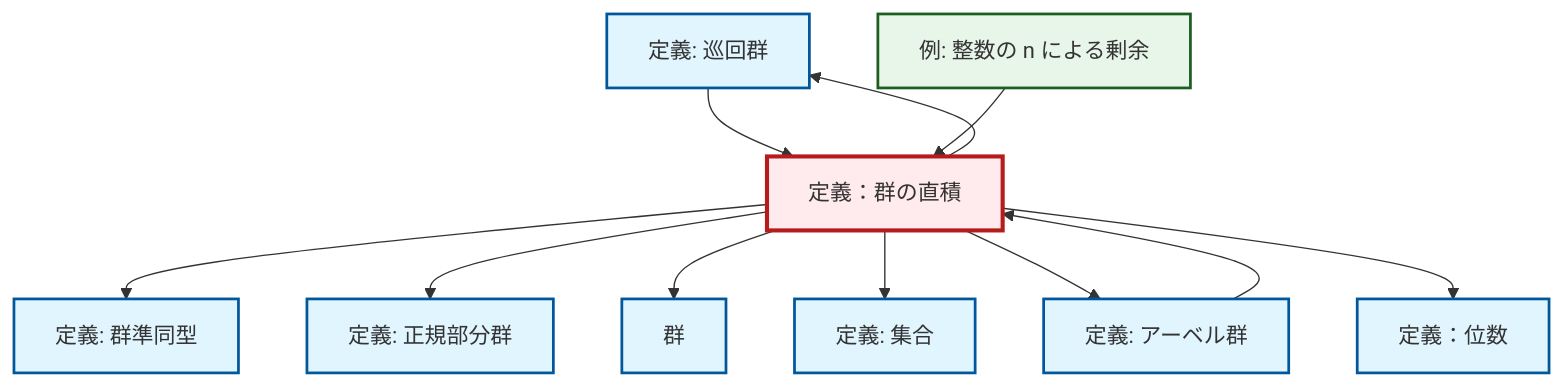
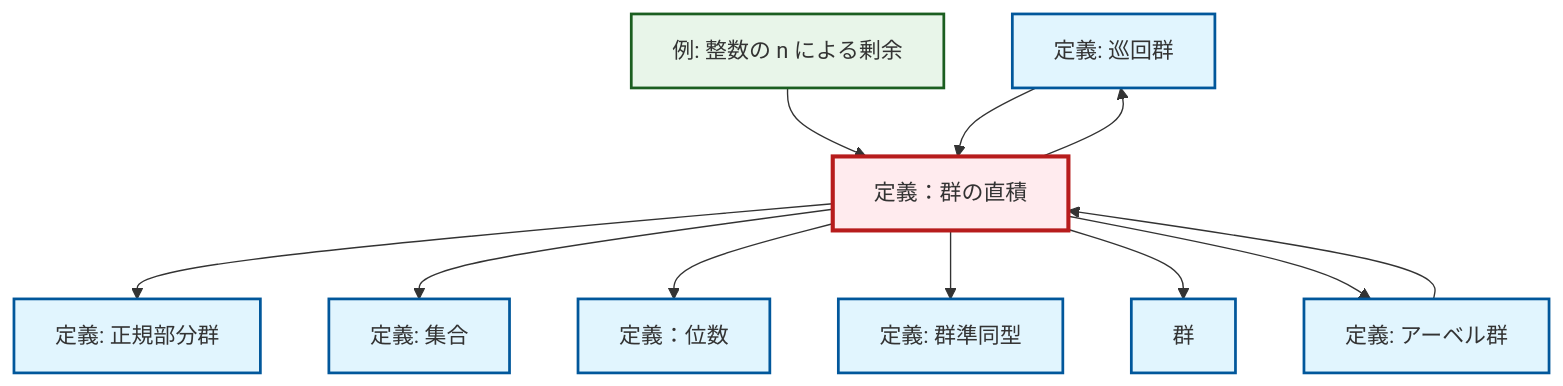
Before and after one commit to RK0429/ModernMath: the diagram in content/ja/algebra/def-direct-product.qmd, drawn with Mermaid. The commit also changed 672 other files, not shown here.

````diff
--- a/content/ja/algebra/def-direct-product.qmd
+++ b/content/ja/algebra/def-direct-product.qmd
@@ -25,37 +25,37 @@
 ```{mermaid}
-%%| fig-cap: "Local dependency graph"
+%%| fig-cap: "ローカル依存関係グラフ"
 graph TD
     classDef definition fill:#e1f5fe,stroke:#01579b,stroke-width:2px
     classDef theorem fill:#f3e5f5,stroke:#4a148c,stroke-width:2px
     classDef axiom fill:#fff3e0,stroke:#e65100,stroke-width:2px
     classDef example fill:#e8f5e9,stroke:#1b5e20,stroke-width:2px
     classDef current fill:#ffebee,stroke:#b71c1c,stroke-width:3px
+    def-set["定義: 集合"]:::definition
+    def-normal-subgroup["定義: 正規部分群"]:::definition
     def-cyclic-group["定義: 巡回群"]:::definition
     def-order["定義：位数"]:::definition
-    def-set["定義: 集合"]:::definition
+    def-direct-product["定義：群の直積"]:::definition
+    ex-quotient-integers-mod-n["例: 整数の n による剰余"]:::example
+    def-homomorphism["定義: 群準同型"]:::definition
+    def-group["群"]:::definition
     def-abelian-group["定義: アーベル群"]:::definition
-    def-normal-subgroup["定義: 正規部分群"]:::definition
-    def-homomorphism["定義: 群準同型"]:::definition
-    def-direct-product["定義：群の直積"]:::definition
-    def-group["群"]:::definition
-    ex-quotient-integers-mod-n["例: 整数の n による剰余"]:::example
+    def-direct-product --> def-normal-subgroup
+    ex-quotient-integers-mod-n --> def-direct-product
+    def-direct-product --> def-set
+    def-direct-product --> def-order
+    def-cyclic-group --> def-direct-product
+    def-abelian-group --> def-direct-product
     def-direct-product --> def-homomorphism
-    def-direct-product --> def-normal-subgroup
-    def-cyclic-group --> def-direct-product
+    def-direct-product --> def-cyclic-group
     def-direct-product --> def-group
-    def-direct-product --> def-cyclic-group
-    def-abelian-group --> def-direct-product
-    def-direct-product --> def-set
-    ex-quotient-integers-mod-n --> def-direct-product
     def-direct-product --> def-abelian-group
-    def-direct-product --> def-order
     class def-direct-product current
+    click def-set "def-set.html" "集合の定義へ"
+    click def-normal-subgroup "def-normal-subgroup.html" "正規部分群の定義へ"
     click def-cyclic-group "def-cyclic-group.html" "巡回群の定義へ"
     click def-order "def-order.html" "定義：位数へ"
-    click def-set "def-set.html" "集合の定義へ"
-    click def-abelian-group "def-abelian-group.html" "アーベル群の定義へ"
-    click def-normal-subgroup "def-normal-subgroup.html" "正規部分群の定義へ"
+    click ex-quotient-integers-mod-n "ex-quotient-integers-mod-n.html" "整数の n による剰余の例へ"
     click def-homomorphism "def-homomorphism.html" "群準同型の定義へ"
     click def-group "def-group.html" "群へ"
-    click ex-quotient-integers-mod-n "ex-quotient-integers-mod-n.html" "整数の n による剰余の例へ"
+    click def-abelian-group "def-abelian-group.html" "アーベル群の定義へ"
 ```
````
